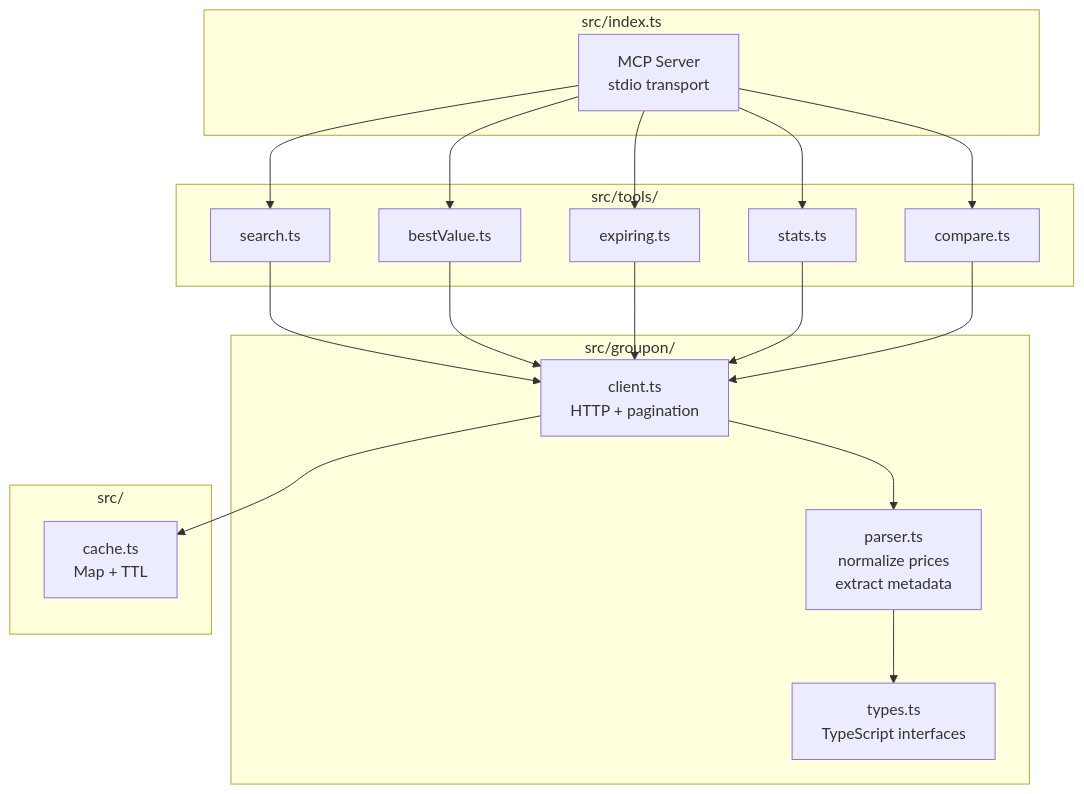
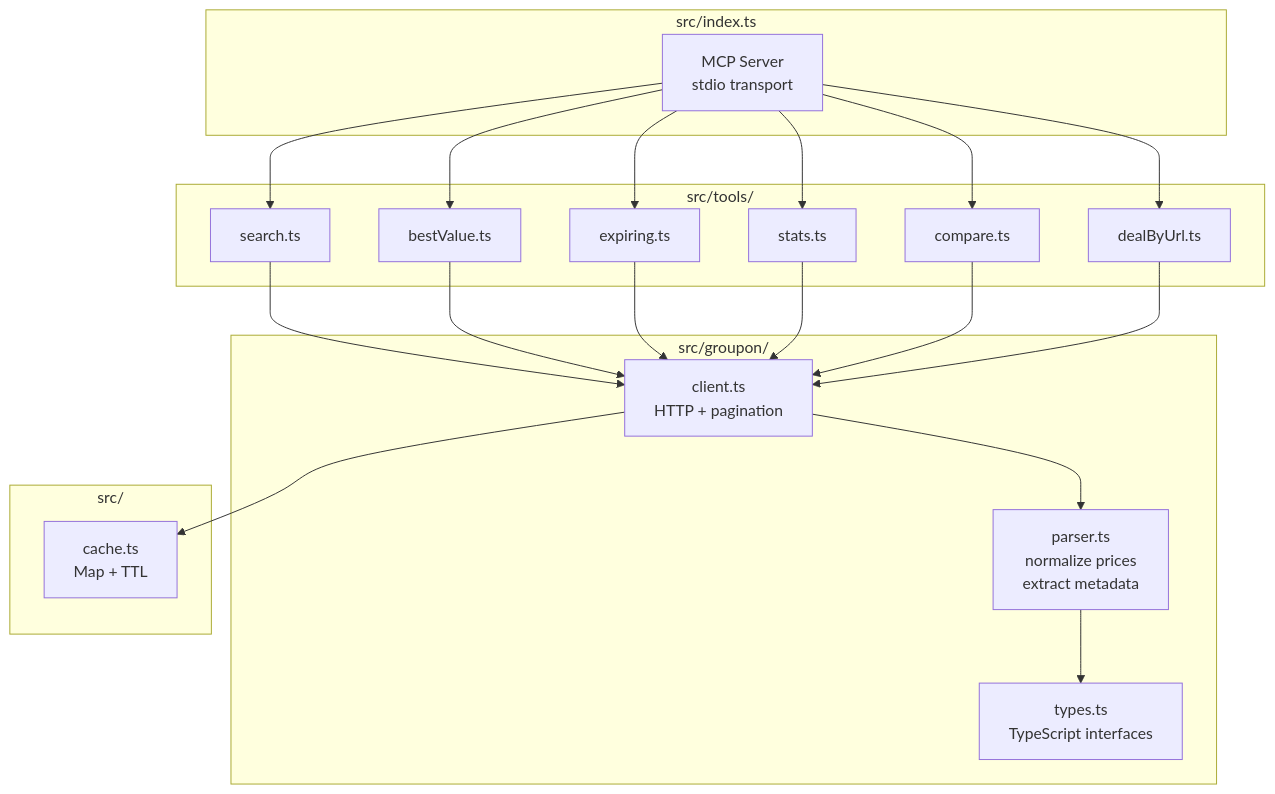
The fourth of 7 diagrams in ARCH.md (forjoa/mcp-groupon-deals), drawn with Mermaid before and after one commit. The commit also changed other lines of this file, not shown here.

Commit message:
docs: architecture

````diff
--- a/ARCH.md
+++ b/ARCH.md
@@ -80,30 +83,31 @@
 ```mermaid
 graph TB
     subgraph Entry["src/index.ts"]
         S[MCP Server\nstdio transport]
     end
 
     subgraph Tools["src/tools/"]
         T1[search.ts]
         T2[bestValue.ts]
         T3[expiring.ts]
         T4[stats.ts]
         T5[compare.ts]
+        T6[dealByUrl.ts]
     end
 
     subgraph Groupon["src/groupon/"]
         C[client.ts\nHTTP + pagination]
         P[parser.ts\nnormalize prices\nextract metadata]
         TY[types.ts\nTypeScript interfaces]
     end
 
     subgraph Infra["src/"]
         CA[cache.ts\nMap + TTL]
     end
 
-    S --> T1 & T2 & T3 & T4 & T5
-    T1 & T2 & T3 & T4 & T5 --> C
+    S --> T1 & T2 & T3 & T4 & T5 & T6
+    T1 & T2 & T3 & T4 & T5 & T6 --> C
     C --> CA
     C --> P
     P --> TY
 ```
````
